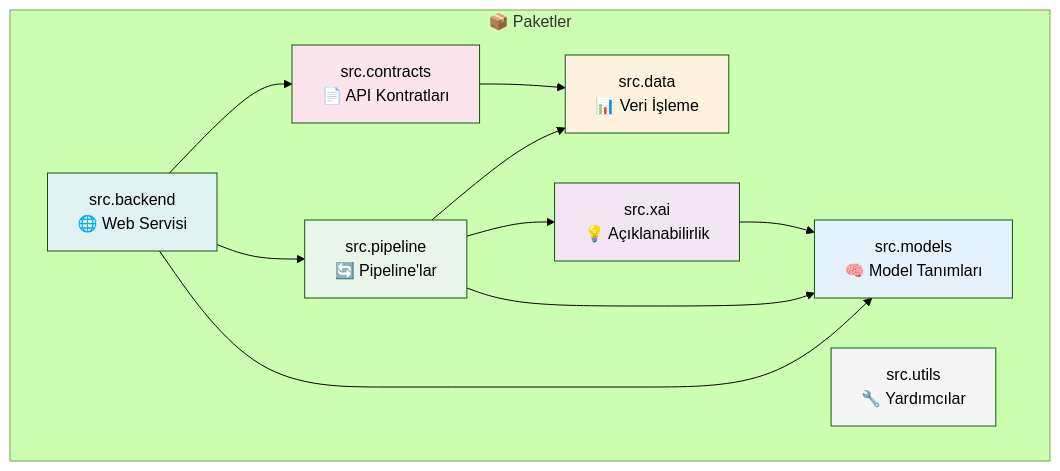
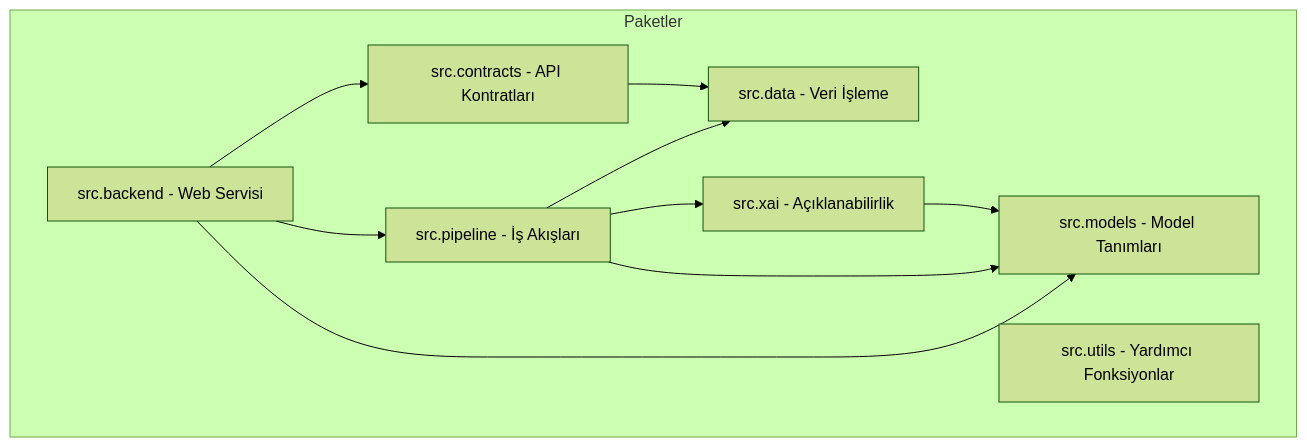
One commit to mUsaulug/CardioGuard-AI changed the first of 12 diagrams in docs/diagrams/03_class_diagram.md. Above: the diagram before and after it, drawn with Mermaid (forest theme). The commit also changed other lines of this file and 5 other files, not shown here.

````diff
--- a/docs/diagrams/03_class_diagram.md
+++ b/docs/diagrams/03_class_diagram.md
@@ -21,29 +33,21 @@
 ```mermaid
 graph TB
-    subgraph Packages["📦 Paketler"]
-        MODELS["src.models<br/>🧠 Model Tanımları"]
-        DATA["src.data<br/>📊 Veri İşleme"]
-        PIPELINE["src.pipeline<br/>🔄 Pipeline'lar"]
-        XAI["src.xai<br/>💡 Açıklanabilirlik"]
-        CONTRACTS["src.contracts<br/>📄 API Kontratları"]
-        BACKEND["src.backend<br/>🌐 Web Servisi"]
-        UTILS["src.utils<br/>🔧 Yardımcılar"]
+    subgraph Paketler
+        MODELS["src.models - Model Tanımları"]
+        DATA["src.data - Veri İşleme"]
+        PIPELINE["src.pipeline - İş Akışları"]
+        XAI["src.xai - Açıklanabilirlik"]
+        CONTRACTS["src.contracts - API Kontratları"]
+        BACKEND["src.backend - Web Servisi"]
+        UTILS["src.utils - Yardımcı Fonksiyonlar"]
     end
     
     BACKEND --> MODELS
     BACKEND --> PIPELINE
     BACKEND --> CONTRACTS
     PIPELINE --> MODELS
     PIPELINE --> DATA
     PIPELINE --> XAI
     XAI --> MODELS
     CONTRACTS --> DATA
-    
-    style MODELS fill:#e3f2fd
-    style DATA fill:#fff3e0
-    style PIPELINE fill:#e8f5e9
-    style XAI fill:#f3e5f5
-    style CONTRACTS fill:#fce4ec
-    style BACKEND fill:#e0f2f1
-    style UTILS fill:#f5f5f5
 ```
````
